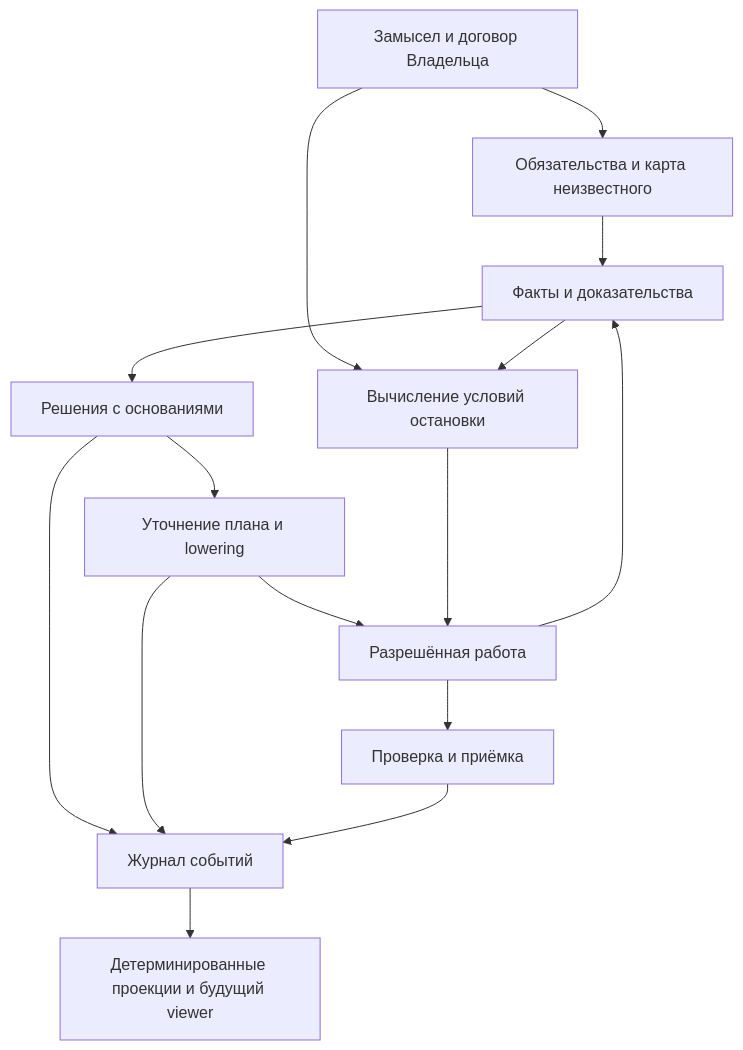
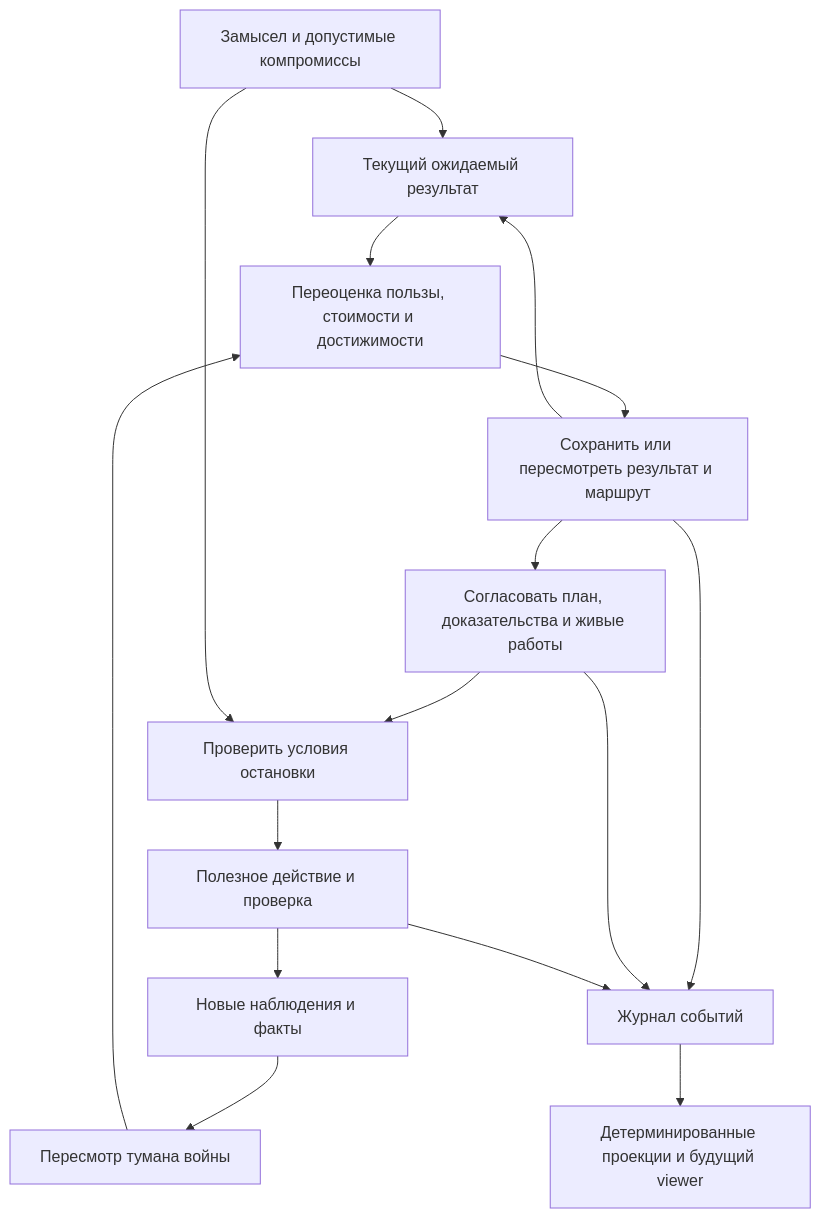
One commit to vibevm/zap changed the diagram in vibevm/vibepacks/org.vibevm.world/zap/v1.0.0/README.md. Above: the diagram before and after it, drawn with Mermaid. The commit also changed other lines of this file and 6 other files, not shown here.

````diff
--- a/vibevm/vibepacks/org.vibevm.world/zap/v1.0.0/README.md
+++ b/vibevm/vibepacks/org.vibevm.world/zap/v1.0.0/README.md
@@ -47,17 +49,18 @@
 ```mermaid
 flowchart TD
-    O[Замысел и договор Владельца] --> G[Обязательства и карта неизвестного]
-    G --> F[Факты и доказательства]
-    F --> D[Решения с основаниями]
-    D --> L[Уточнение плана и lowering]
-    L --> W[Разрешённая работа]
+    O[Замысел и допустимые компромиссы] --> R[Текущий ожидаемый результат]
+    F[Новые наблюдения и факты] --> G[Пересмотр тумана войны]
+    G --> V[Переоценка пользы, стоимости и достижимости]
+    R --> V
+    V --> D[Сохранить или пересмотреть результат и маршрут]
+    D --> R
+    D --> L[Согласовать план, доказательства и живые работы]
+    L --> S[Проверить условия остановки]
+    O --> S
+    S --> W[Полезное действие и проверка]
     W --> F
-    W --> A[Проверка и приёмка]
-    O --> S[Вычисление условий остановки]
-    F --> S
-    S --> W
     D --> E[Журнал событий]
     L --> E
-    A --> E
-    E --> V[Детерминированные проекции и будущий viewer]
+    W --> E
+    E --> UI[Детерминированные проекции и будущий viewer]
 ```
````
